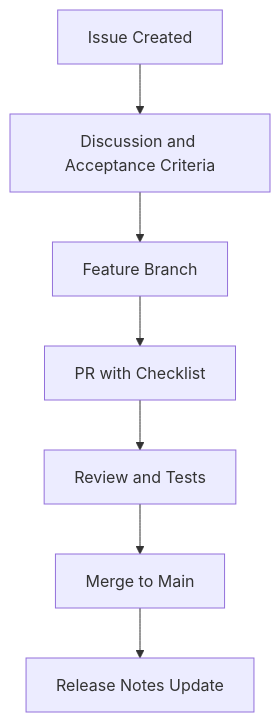
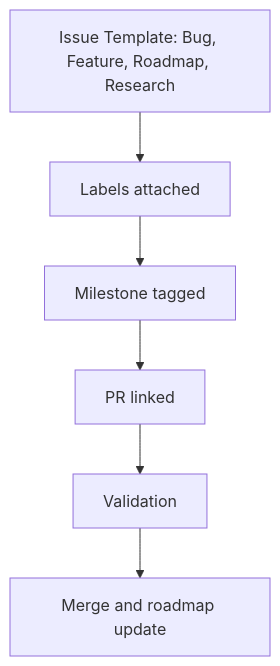
One commit to hkevin01/SpeechBuddyAI changed the fifth of 5 diagrams in README.md. Above: the diagram before and after it, drawn with Mermaid. The commit also changed other lines of this file and 10 other files, not shown here.

````diff
--- a/README.md
+++ b/README.md
@@ -264,9 +306,8 @@
 ```mermaid
 flowchart TD
-   A[Issue Created] --> B[Discussion and Acceptance Criteria]
-   B --> C[Feature Branch]
-   C --> D[PR with Checklist]
-   D --> E[Review and Tests]
-   E --> F[Merge to Main]
-   F --> G[Release Notes Update]
+    A[Issue Template: Bug, Feature, Roadmap, Research] --> B[Labels attached]
+    B --> C[Milestone tagged]
+    C --> D[PR linked]
+    D --> E[Validation]
+    E --> F[Merge and roadmap update]
 ```
````
